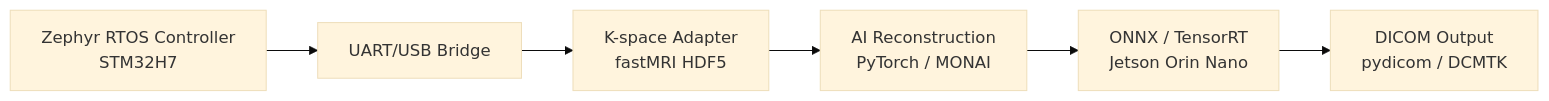
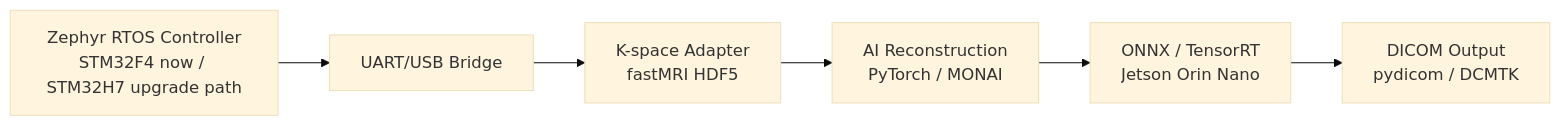
One commit to sgwu23/MRI_ai changed the diagram in docs/architecture.md. Above: the diagram before and after it, drawn with Mermaid (base theme). The commit also changed other lines of this file and 7 other files, not shown here.

````diff
--- a/docs/architecture.md
+++ b/docs/architecture.md
@@ -14,8 +14,8 @@
 ```mermaid
 flowchart LR
-    A["Zephyr RTOS Controller<br/>STM32H7"] --> B["UART/USB Bridge"]
+    A["Zephyr RTOS Controller<br/>STM32F4 now / STM32H7 upgrade path"] --> B["UART/USB Bridge"]
     B --> C["K-space Adapter<br/>fastMRI HDF5"]
     C --> D["AI Reconstruction<br/>PyTorch / MONAI"]
     D --> E["ONNX / TensorRT<br/>Jetson Orin Nano"]
     E --> F["DICOM Output<br/>pydicom / DCMTK"]
 ```
````
